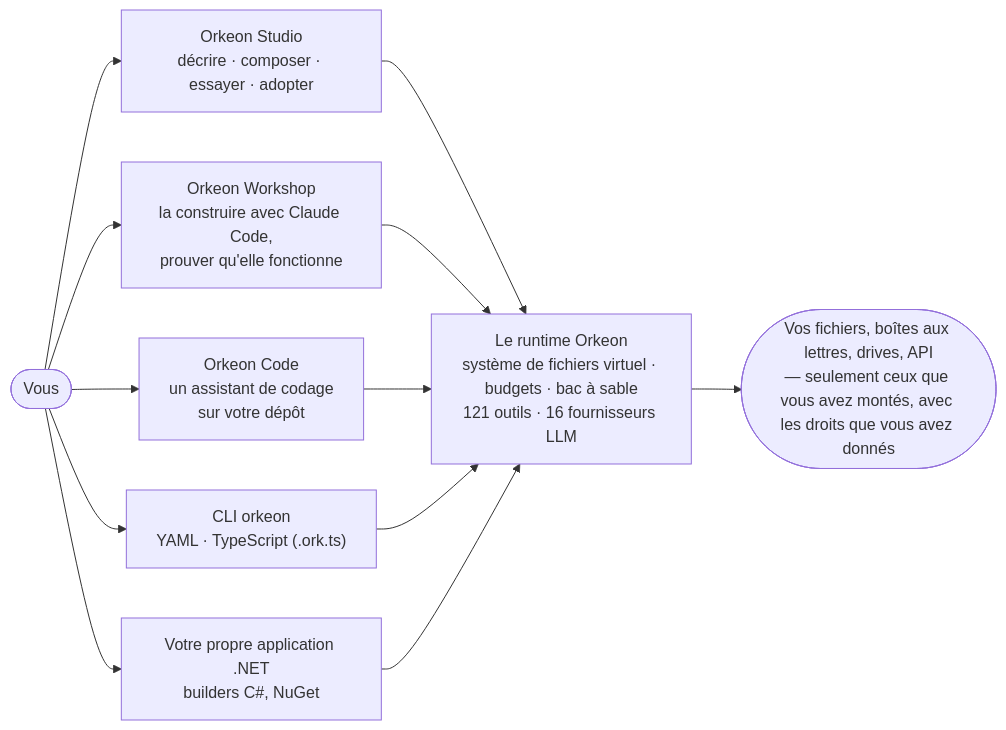
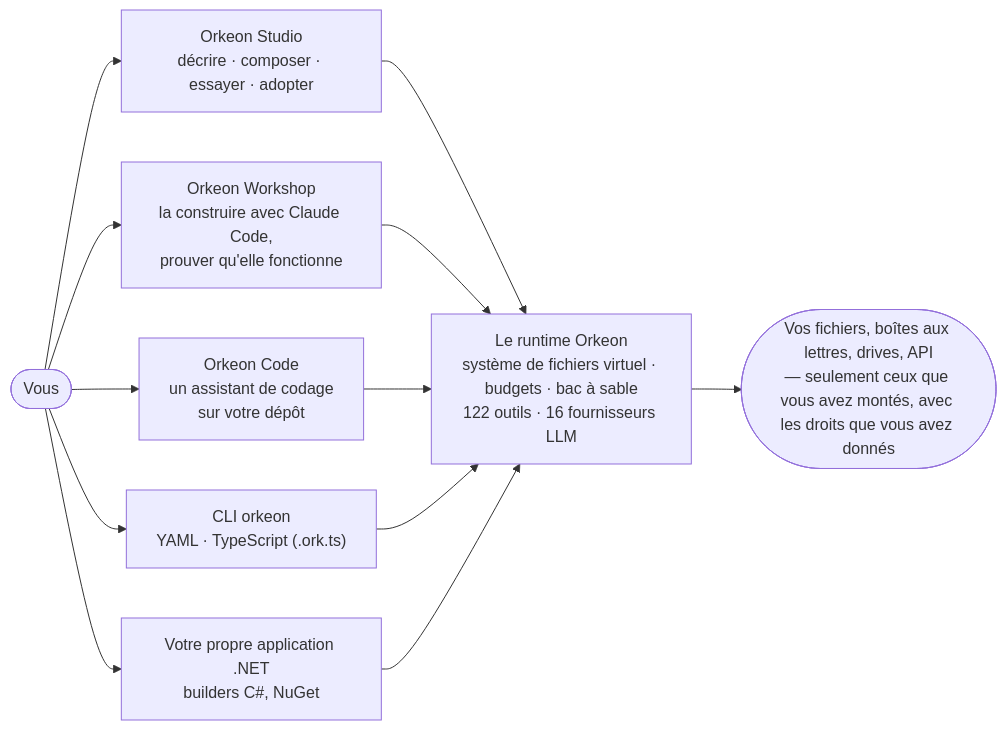
The diagram in README.fr.md (Orkeon/orkeon), drawn with Mermaid before and after one commit. The commit also changed other lines of this file and 82 other files, not shown here.

````diff
--- a/README.fr.md
+++ b/README.fr.md
@@ -30,10 +30,10 @@
 ```mermaid
 flowchart LR
     you(["Vous"]) --> studio["Orkeon Studio<br/>décrire · composer · essayer · adopter"]
     you --> workshop["Orkeon Workshop<br/>la construire avec Claude Code,<br/>prouver qu'elle fonctionne"]
     you --> code["Orkeon Code<br/>un assistant de codage<br/>sur votre dépôt"]
     you --> cli["CLI orkeon<br/>YAML · TypeScript (.ork.ts)"]
     you --> app["Votre propre application .NET<br/>builders C#, NuGet"]
-    studio & workshop & code & cli & app --> runtime["Le runtime Orkeon<br/>système de fichiers virtuel · budgets · bac à sable<br/>121 outils · 16 fournisseurs LLM"]
+    studio & workshop & code & cli & app --> runtime["Le runtime Orkeon<br/>système de fichiers virtuel · budgets · bac à sable<br/>122 outils · 16 fournisseurs LLM"]
     runtime --> world(["Vos fichiers, boîtes aux lettres, drives, API<br/>— seulement ceux que vous avez montés, avec les droits que vous avez donnés"])
 ```
````
